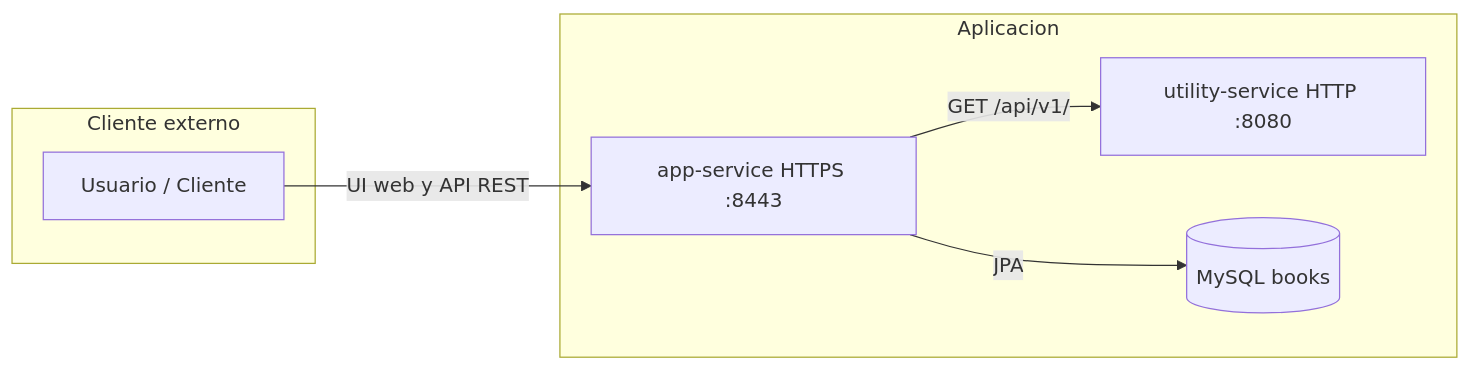
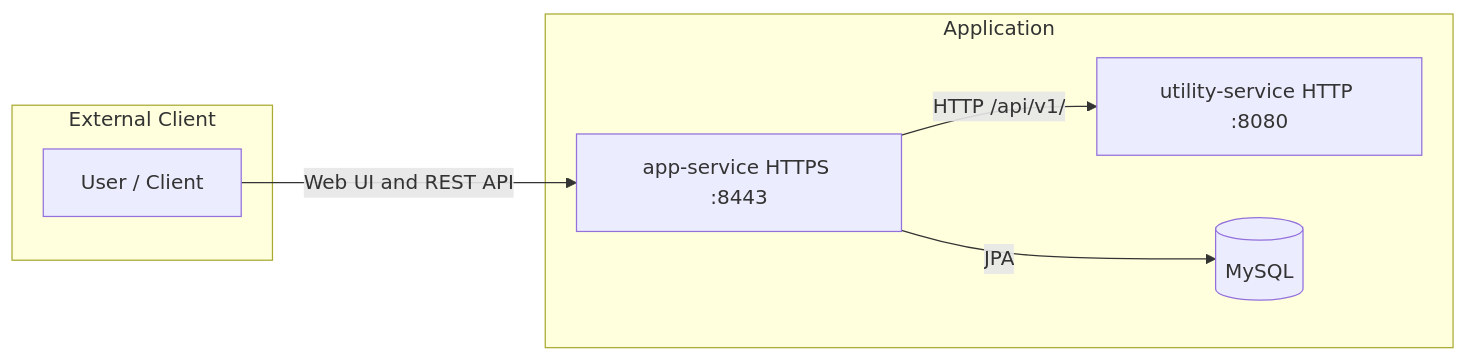
The second of 3 diagrams in README.md (CodeURJC-SSDD-2025-26/practica-ssdd-2025-26-grupo-13), drawn with Mermaid before and after one commit. The commit also changed other lines of this file and 19 other files, not shown here.

````diff
--- a/README.md
+++ b/README.md
@@ -457,16 +458,16 @@
 ```mermaid
 flowchart LR
-	subgraph Ext[Cliente externo]
-		user[Usuario / Cliente]
+	subgraph Ext[External Client]
+		user[User / Client]
 	end
 
-	subgraph App[Aplicacion]
+	subgraph App[Application]
 		app[app-service HTTPS :8443]
 		utility[utility-service HTTP :8080]
-		mysql[(MySQL books)]
+		mysql[(MySQL)]
 	end
 
-	user -->|UI web y API REST| app
-	app -->|GET /api/v1/| utility
+	user -->|Web UI and REST API| app
+  app -->|HTTP /api/v1/| utility
 	app -->|JPA| mysql
 ```
````
